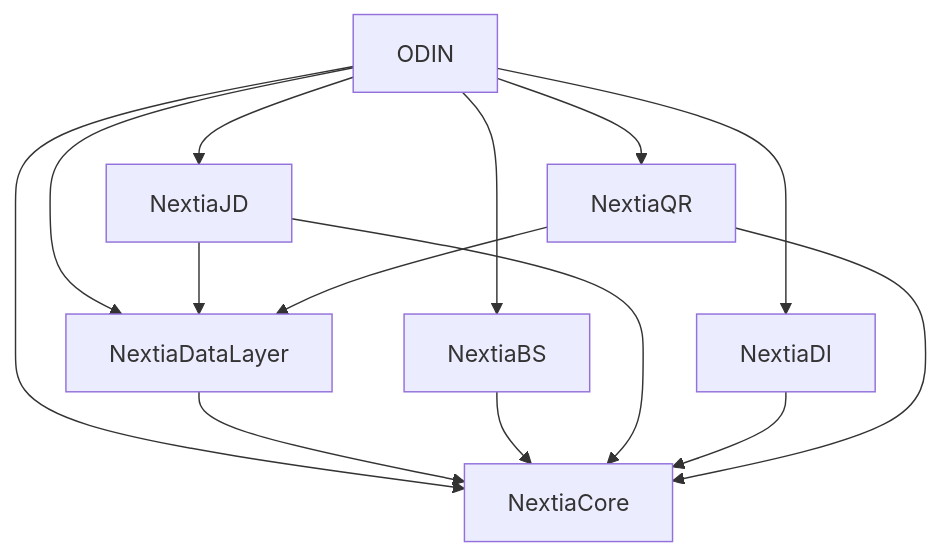
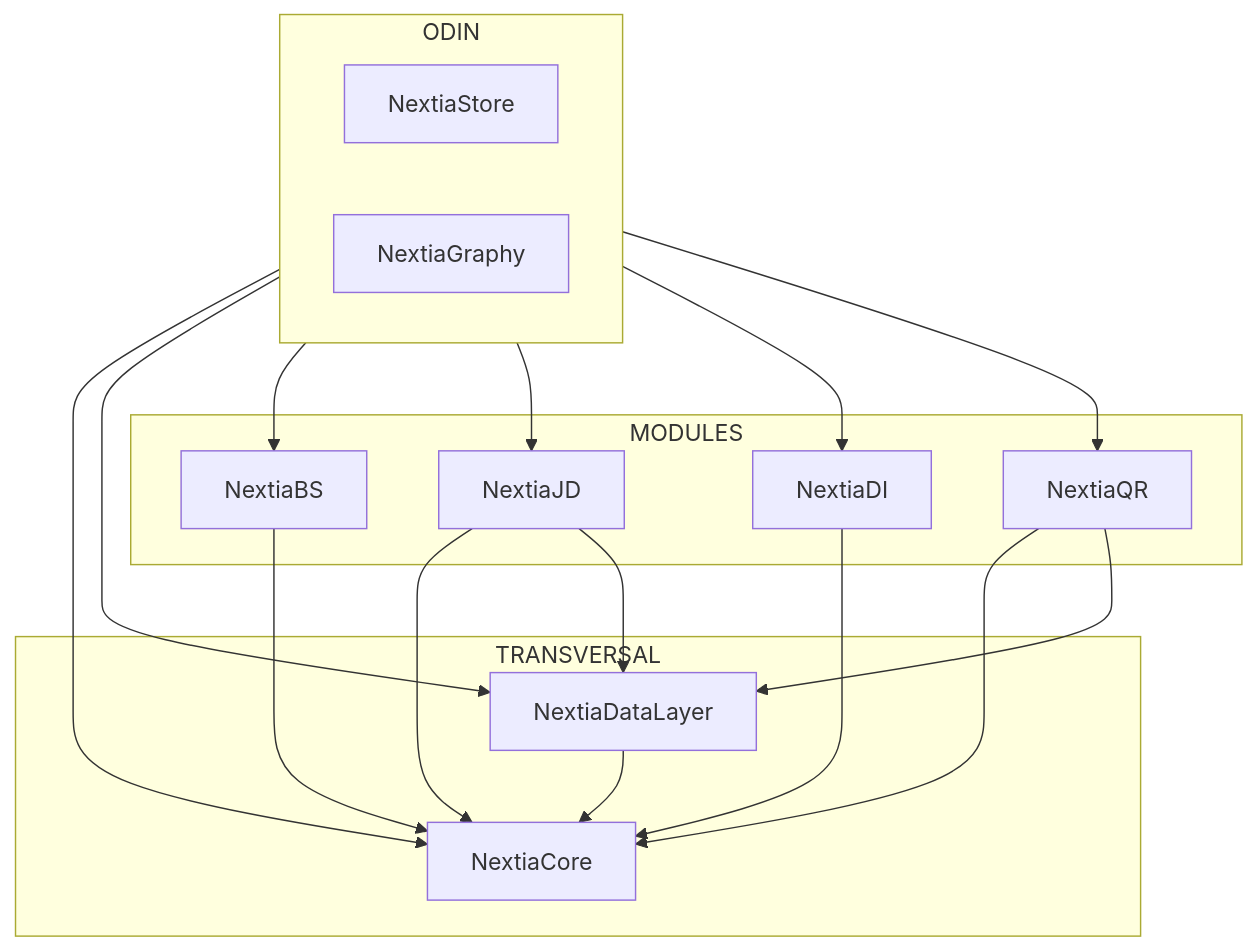
The diagram in README.md (dtim-upc/ODIN), drawn with Mermaid before and after one commit.

Commit message:
Update README.md mermaid order

````diff
--- a/README.md
+++ b/README.md
@@ -140,11 +140,29 @@
 ```mermaid
 graph TD;
+
+subgraph ODIN
+  NextiaStore
+  NextiaGraphy
+end
+
+subgraph MODULES
+  NextiaBS
+  NextiaJD
+  NextiaDI
+  NextiaQR
+end
+
+subgraph TRANSVERSAL
+  NextiaCore
+  NextiaDataLayer
+end
+
 ODIN-->NextiaCore;
 ODIN-->NextiaDataLayer-->NextiaCore;
 ODIN-->NextiaBS-->NextiaCore;
 ODIN-->NextiaJD-->NextiaCore;
 ODIN-->NextiaDI-->NextiaCore;
 ODIN-->NextiaQR-->NextiaCore;
 NextiaJD-->NextiaDataLayer;
 NextiaQR-->NextiaDataLayer;
 ```
````
